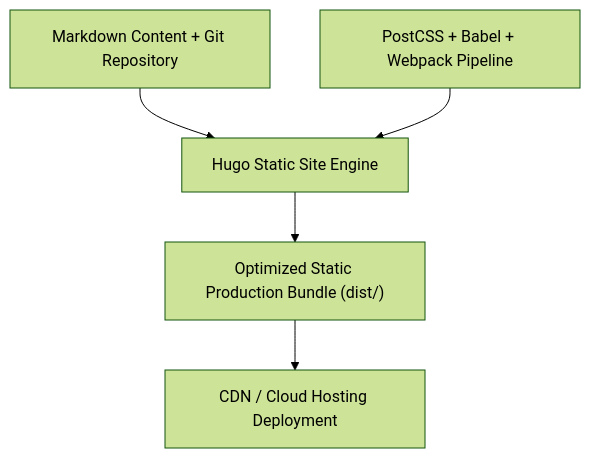
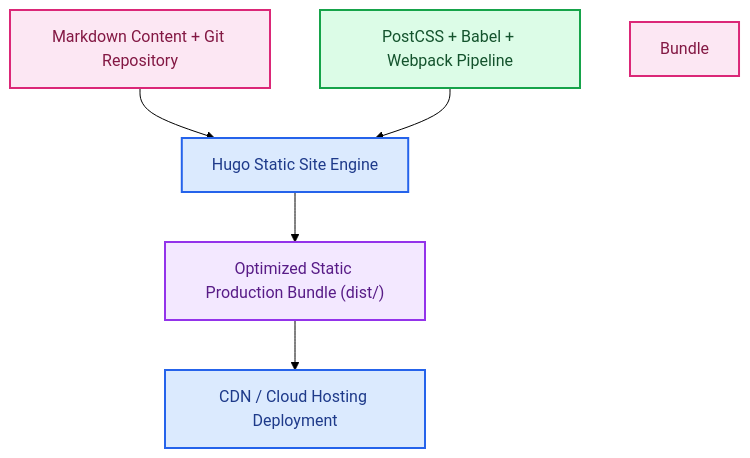
One commit to RobinaMirbahar/one-click-hugo-cms changed the diagram in README.md. Above: the diagram before and after it, drawn with Mermaid (forest theme). The commit also changed other lines of this file, not shown here.

Commit message:
docs: add 3-line Author & Companion Publication header, color-coded Mermaid diagram, and remove repetitive footer

````diff
--- a/README.md
+++ b/README.md
@@ -28,7 +28,13 @@
 ```mermaid
 flowchart TD
     A["Markdown Content + Git Repository"] --> B["Hugo Static Site Engine"]
     C["PostCSS + Babel + Webpack Pipeline"] --> B
     B --> D["Optimized Static Production Bundle (dist/)"]
     D --> E["CDN / Cloud Hosting Deployment"]
+    style A fill:#fce7f3,stroke:#db2777,stroke-width:2px,color:#831843
+    style B fill:#dbeafe,stroke:#2563eb,stroke-width:2px,color:#1e3a8a
+    style C fill:#dcfce7,stroke:#16a34a,stroke-width:2px,color:#14532d
+    style D fill:#f3e8ff,stroke:#9333ea,stroke-width:2px,color:#581c87
+    style Bundle fill:#fce7f3,stroke:#db2777,stroke-width:2px,color:#831843
+    style E fill:#dbeafe,stroke:#2563eb,stroke-width:2px,color:#1e3a8a
 ```
````
